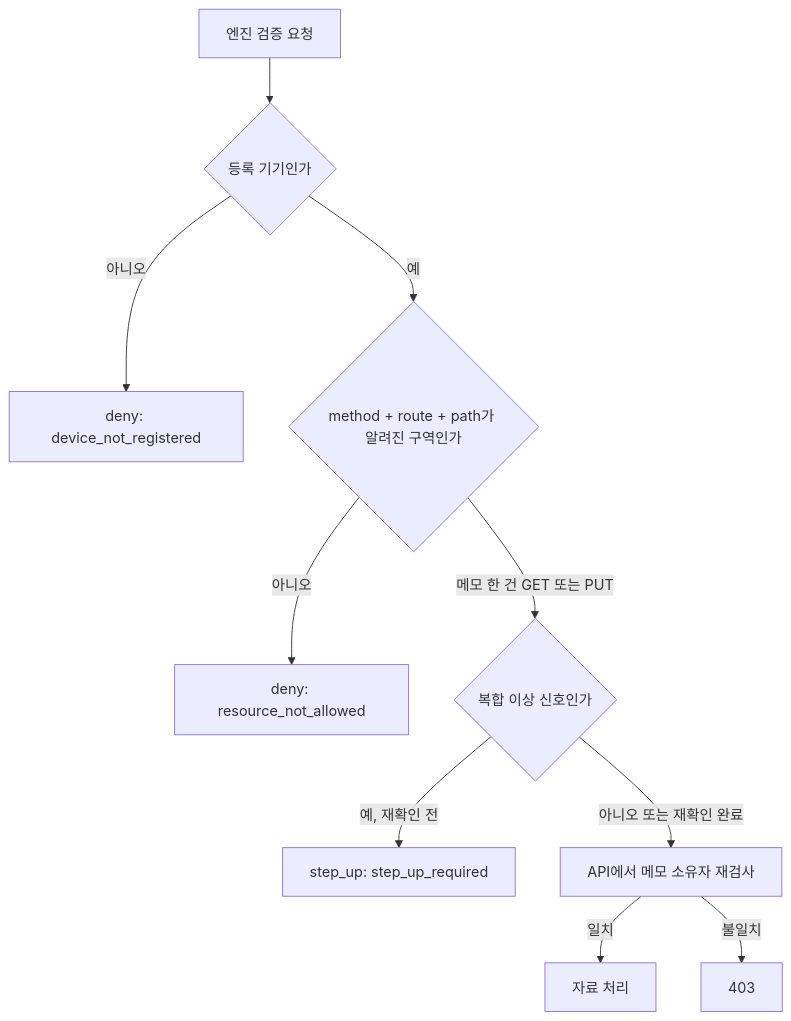
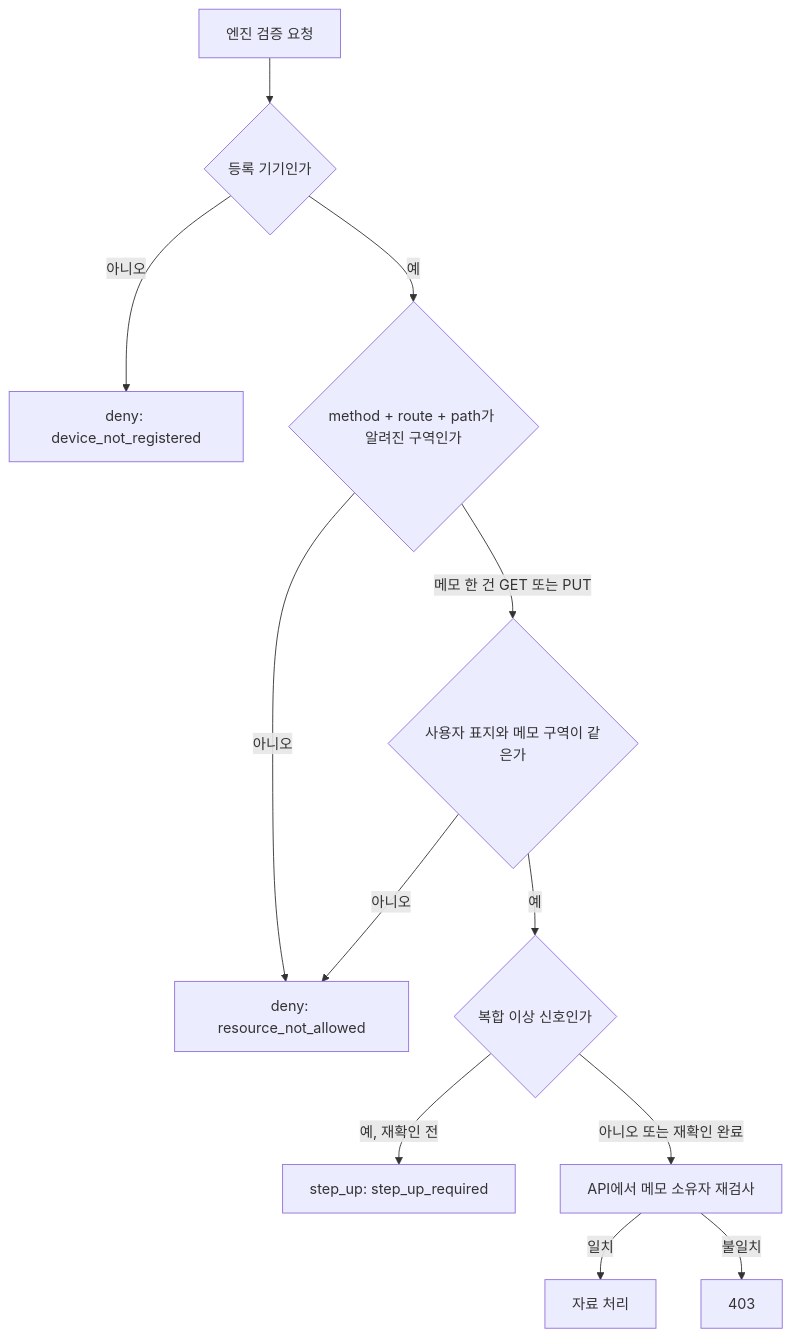
One commit to GunHeeKim127/aleph-defense changed the third of 3 diagrams in README.md. Above: the diagram before and after it, drawn with Mermaid. The commit also changed other lines of this file and 3 other files, not shown here.

````diff
--- a/README.md
+++ b/README.md
@@ -326,12 +326,14 @@
 ```mermaid
 flowchart TD
   A[엔진 검증 요청] --> B{등록 기기인가}
   B -->|아니오| C[deny: device_not_registered]
   B -->|예| D{method + route + path가 알려진 구역인가}
   D -->|아니오| E[deny: resource_not_allowed]
-  D -->|메모 한 건 GET 또는 PUT| G{복합 이상 신호인가}
+  D -->|메모 한 건 GET 또는 PUT| F{사용자 표지와 메모 구역이 같은가}
+  F -->|아니오| E
+  F -->|예| G{복합 이상 신호인가}
   G -->|예, 재확인 전| H[step_up: step_up_required]
   G -->|아니오 또는 재확인 완료| I[API에서 메모 소유자 재검사]
   I -->|일치| J[자료 처리]
   I -->|불일치| K[403]
 ```
````
